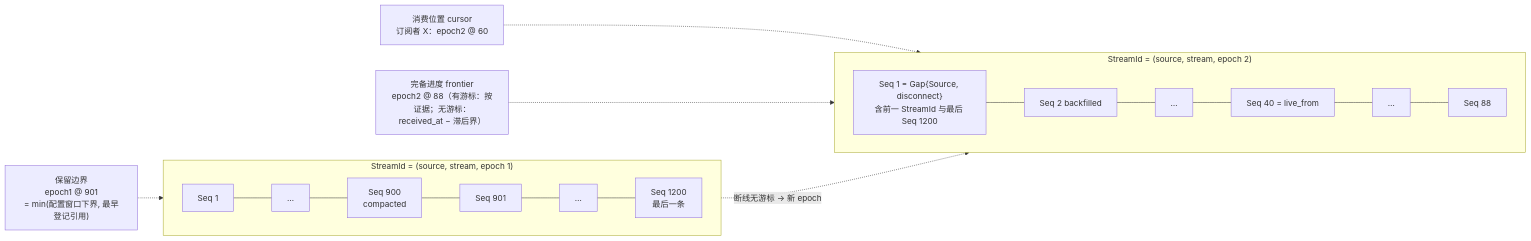
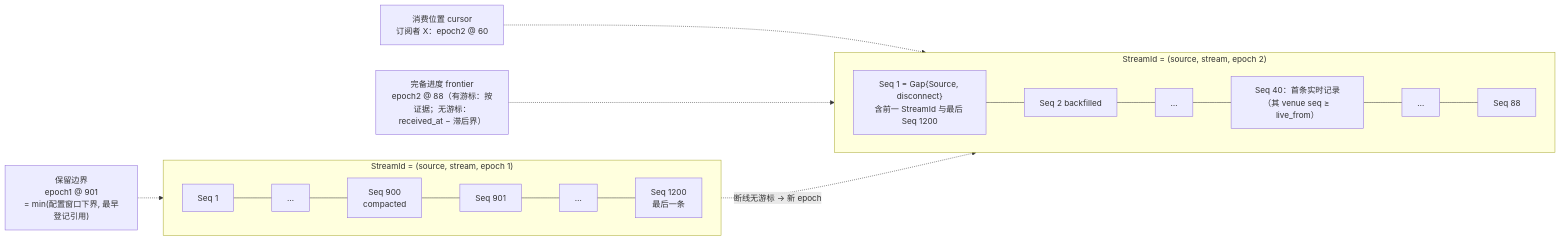
The second of 4 diagrams in design/diagrams/02-record-model.md (mouriya-s-lab/uta), drawn with Mermaid before and after one commit. The commit also changed other lines of this file and 9 other files, not shown here.

Commit message:
设计：并入 astra 复核——腿身份 AttemptRef、回执/证据字节归执行事实、EffectResponse 完成事实、AwaitingTargetTerminal 有界出口、ReconciliationReopened 重开取证、取证记录矩阵（Unavailable 不算取证）、lane 集合语义贯通、恢复先判 Resolved、alignment 读当前流末 + checked_as_of、一版一决 Conflict(AlreadyDecided)、Lag/完备位置切面、唯一边=类型依赖与语义消费、XA 类比改设计标签；图 D1–D9 同步

````diff
--- a/design/diagrams/02-record-model.md
+++ b/design/diagrams/02-record-model.md
@@ -42,15 +42,15 @@
 ```mermaid
 flowchart LR
   subgraph E1["StreamId = (source, stream, epoch 1)"]
     direction LR
     A1["Seq 1"] --- A2["…"] --- A3["Seq 900<br/>compacted"] --- A4["Seq 901"] --- A5["…"] --- A6["Seq 1200<br/>最后一条"]
   end
   subgraph E2["StreamId = (source, stream, epoch 2)"]
     direction LR
-    B0["Seq 1 = Gap{Source, disconnect}<br/>含前一 StreamId 与最后 Seq 1200"] --- B1["Seq 2 backfilled"] --- B2["…"] --- B3["Seq 40 = live_from"] --- B4["…"] --- B5["Seq 88"]
+    B0["Seq 1 = Gap{Source, disconnect}<br/>含前一 StreamId 与最后 Seq 1200"] --- B1["Seq 2 backfilled"] --- B2["…"] --- B3["Seq 40：首条实时记录<br/>（其 venue seq ≥ live_from）"] --- B4["…"] --- B5["Seq 88"]
   end
   A6 -.->|"断线无游标 → 新 epoch"| B0
   RET["保留边界<br/>epoch1 @ 901<br/>= min(配置窗口下界, 最早登记引用)"] -.-> A4
   CUR["消费位置 cursor<br/>订阅者 X：epoch2 @ 60"] -.-> B4
   FR["完备进度 frontier<br/>epoch2 @ 88（有游标：按证据；无游标：received_at − 滞后界）"] -.-> B5
 ```
````
